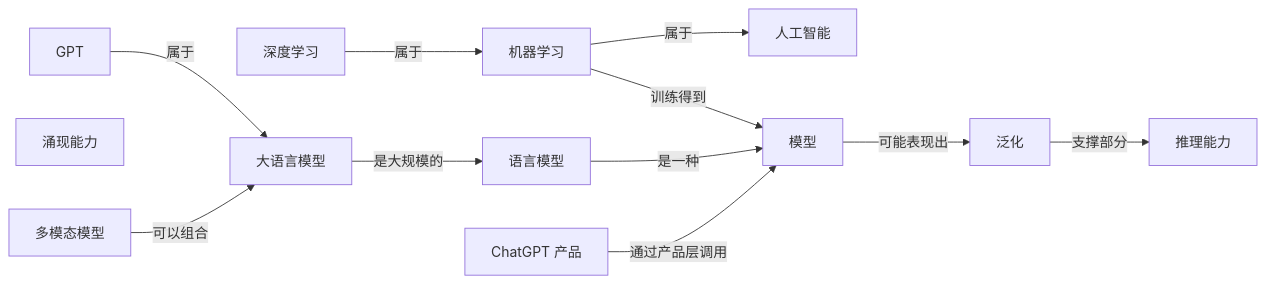
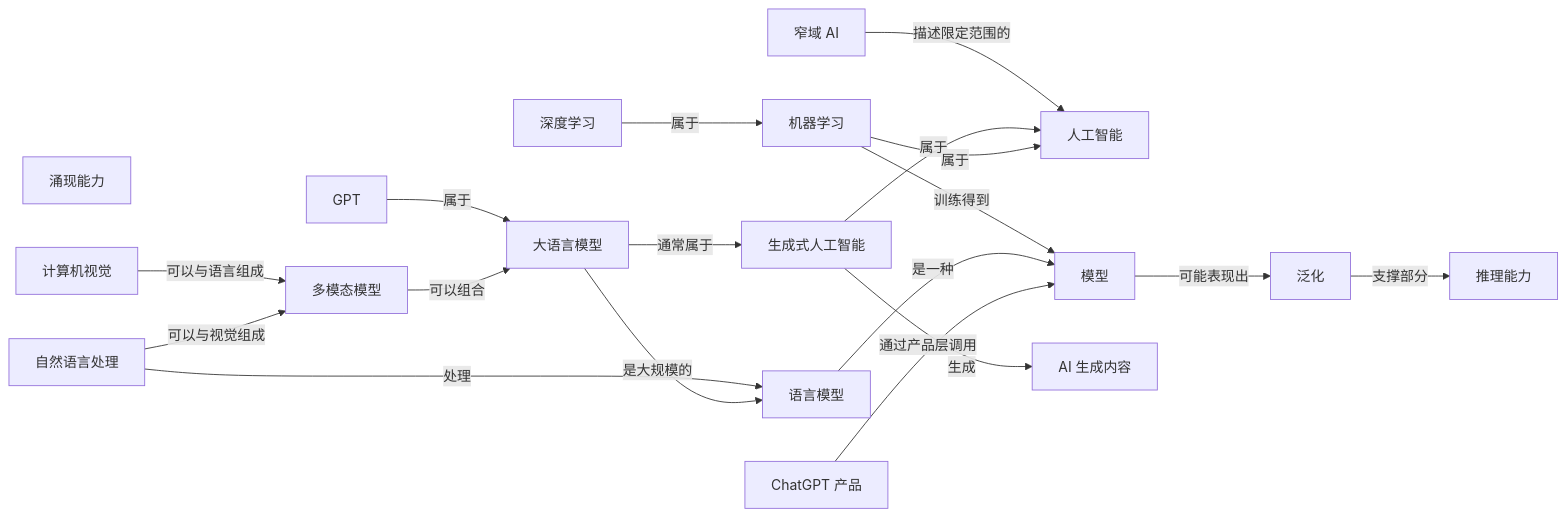
One commit to z-Zihan/LLM-101 changed the first of 9 diagrams in 知识网络.md. Above: the diagram before and after it, drawn with Mermaid. The commit also changed other lines of this file and 15 other files, not shown here.

Commit message:
docs: complete long-term roadmap batch one

````diff
--- a/知识网络.md
+++ b/知识网络.md
@@ -76,25 +82,37 @@
 ```mermaid
 flowchart LR
     n_ai["人工智能"]
     n_machine_learning["机器学习"]
     n_deep_learning["深度学习"]
     n_model["模型"]
     n_language_model["语言模型"]
     n_llm["大语言模型"]
     n_gpt["GPT"]
     n_chatgpt_product["ChatGPT 产品"]
     n_generalization["泛化"]
     n_reasoning["推理能力"]
     n_emergence["涌现能力"]
     n_multimodal["多模态模型"]
+    n_narrow_ai["窄域 AI"]
+    n_generative_ai["生成式人工智能"]
+    n_aigc["AI 生成内容"]
+    n_nlp["自然语言处理"]
+    n_computer_vision["计算机视觉"]
+    n_narrow_ai -->|"描述限定范围的"| n_ai
+    n_generative_ai -->|"属于"| n_ai
+    n_generative_ai -->|"生成"| n_aigc
+    n_llm -->|"通常属于"| n_generative_ai
+    n_nlp -->|"处理"| n_language_model
+    n_computer_vision -->|"可以与语言组成"| n_multimodal
+    n_nlp -->|"可以与视觉组成"| n_multimodal
     n_machine_learning -->|"属于"| n_ai
     n_deep_learning -->|"属于"| n_machine_learning
     n_machine_learning -->|"训练得到"| n_model
     n_language_model -->|"是一种"| n_model
     n_llm -->|"是大规模的"| n_language_model
     n_gpt -->|"属于"| n_llm
     n_chatgpt_product -->|"通过产品层调用"| n_model
     n_model -->|"可能表现出"| n_generalization
     n_generalization -->|"支撑部分"| n_reasoning
     n_multimodal -->|"可以组合"| n_llm
 ```
````
